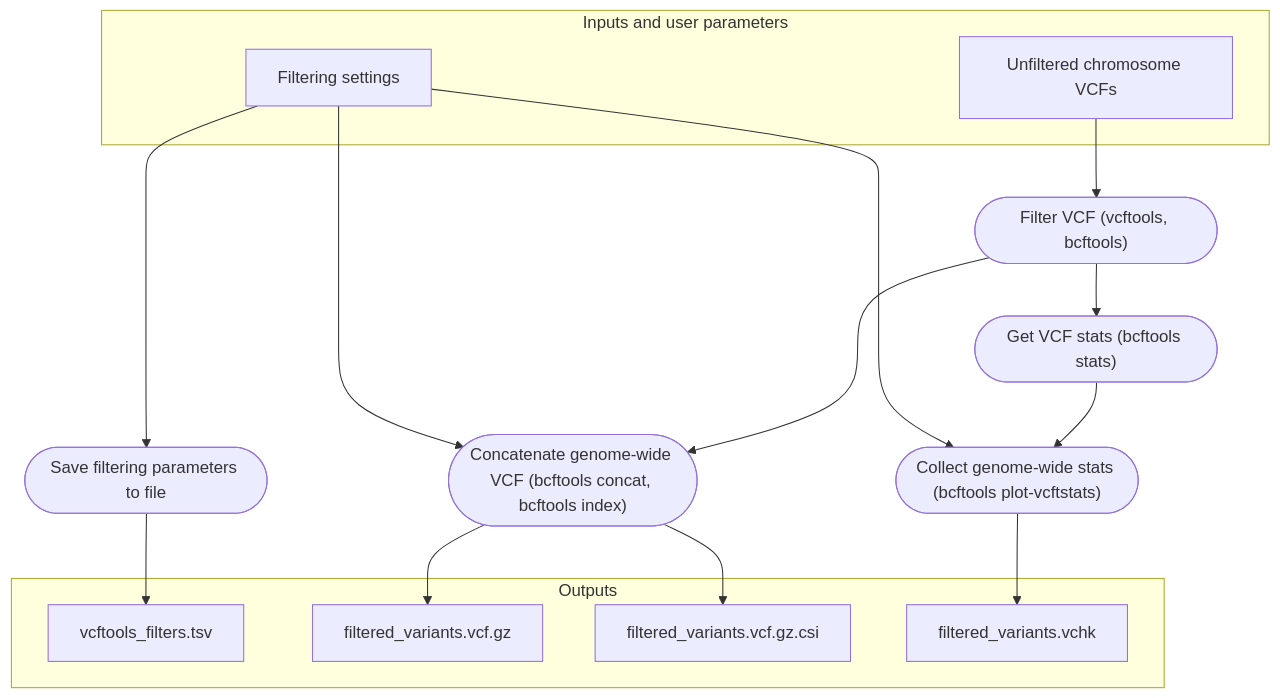
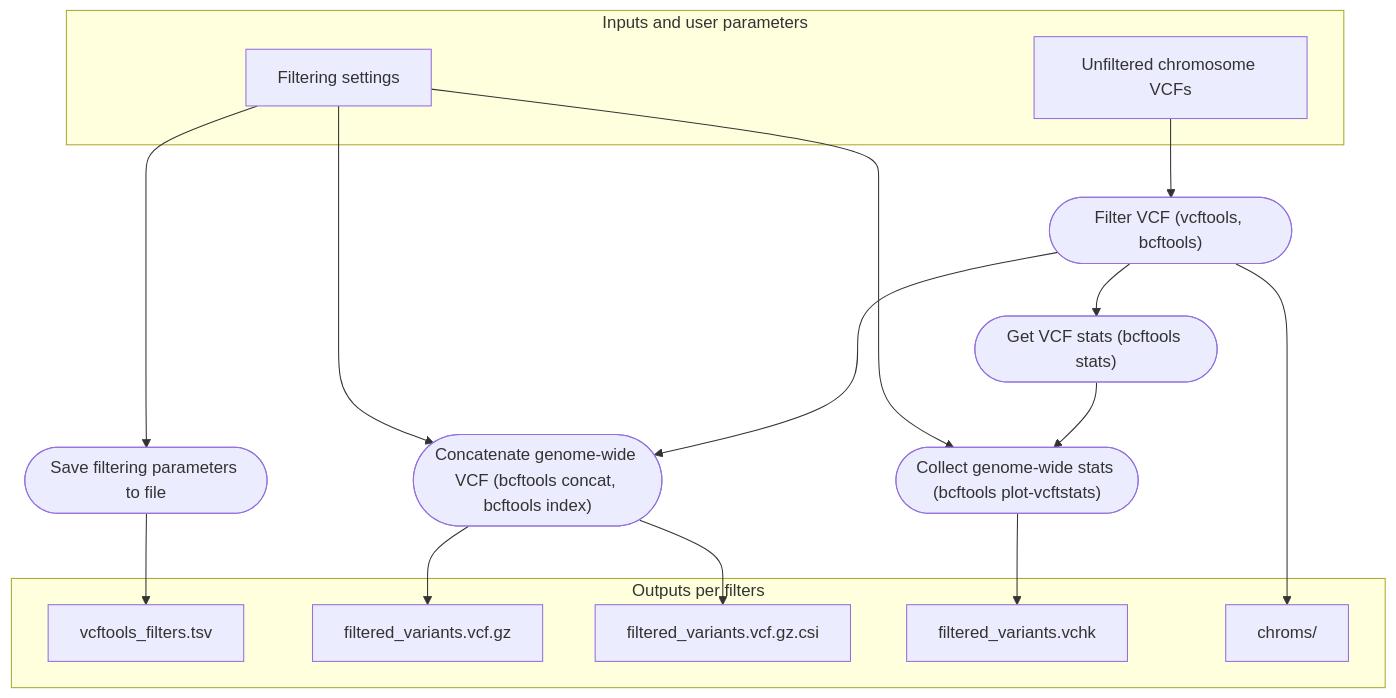
The fourth of 5 diagrams in README.md (EcoEvoGenomics/genotyping_pipeline), drawn with Mermaid before and after one commit. The commit also changed other lines of this file, not shown here.

Commit message:
README.md: Add outputs to all mermaid flowcharts

````diff
--- a/README.md
+++ b/README.md
@@ -151,29 +181,31 @@
 ```mermaid
 flowchart TB
    subgraph "Inputs and user parameters"
    v5["Filtering settings"]
    v0["Unfiltered chromosome VCFs"]
    end
    v1(["Filter VCF (vcftools, bcftools)"])
    v3(["Get VCF stats (bcftools stats)"])
    v6(["Collect genome-wide stats (bcftools plot-vcftstats)"])
    v7(["Concatenate genome-wide VCF (bcftools concat, bcftools index)"])
    v8(["Save filtering parameters to file"])
    v0 --> v1
    v1 --> v3
    v3 --> v6
    v5 --> v6
    v1 --> v7
    v5 --> v7
    v5 --> v8
    v8 --> v9
    v7 --> v10
    v7 --> v11
    v6 --> v12
-   subgraph "Outputs"
+   v1 --> v13
+   subgraph "Outputs per filters"
    v9["vcftools_filters.tsv"]
    v10["filtered_variants.vcf.gz"]
    v11["filtered_variants.vcf.gz.csi"]
    v12["filtered_variants.vchk"]
+   v13["chroms/"]
    end
 ```
````
